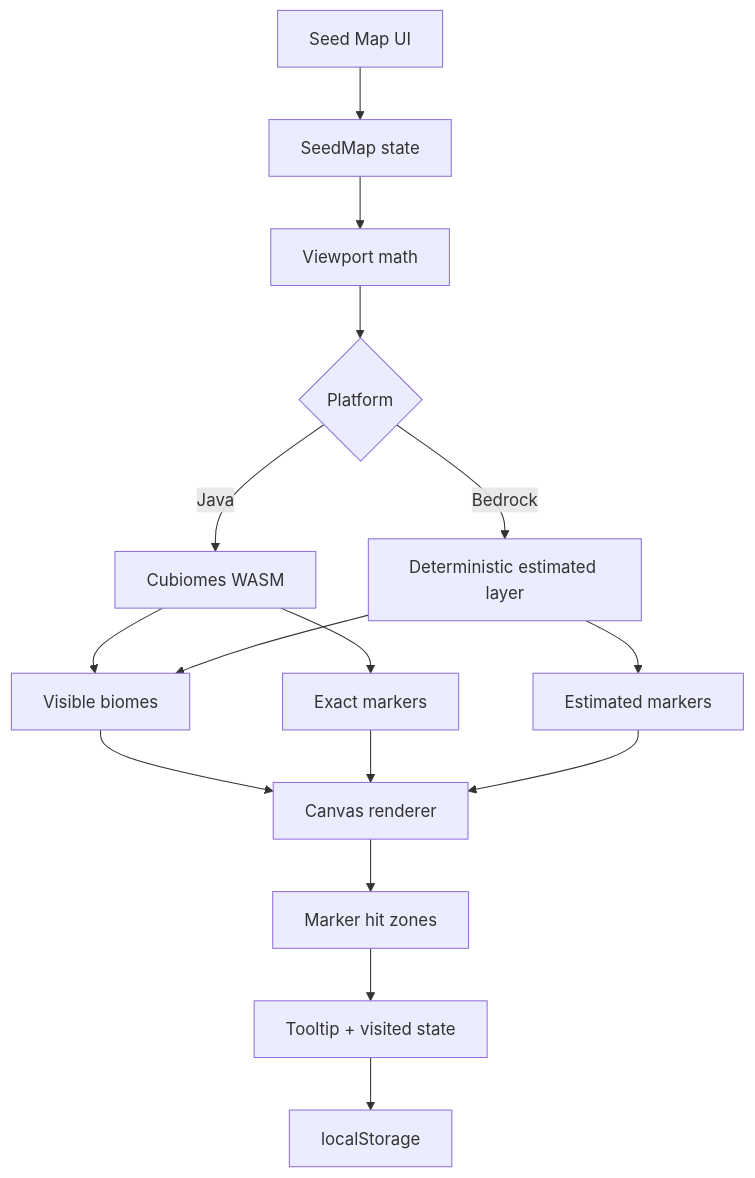
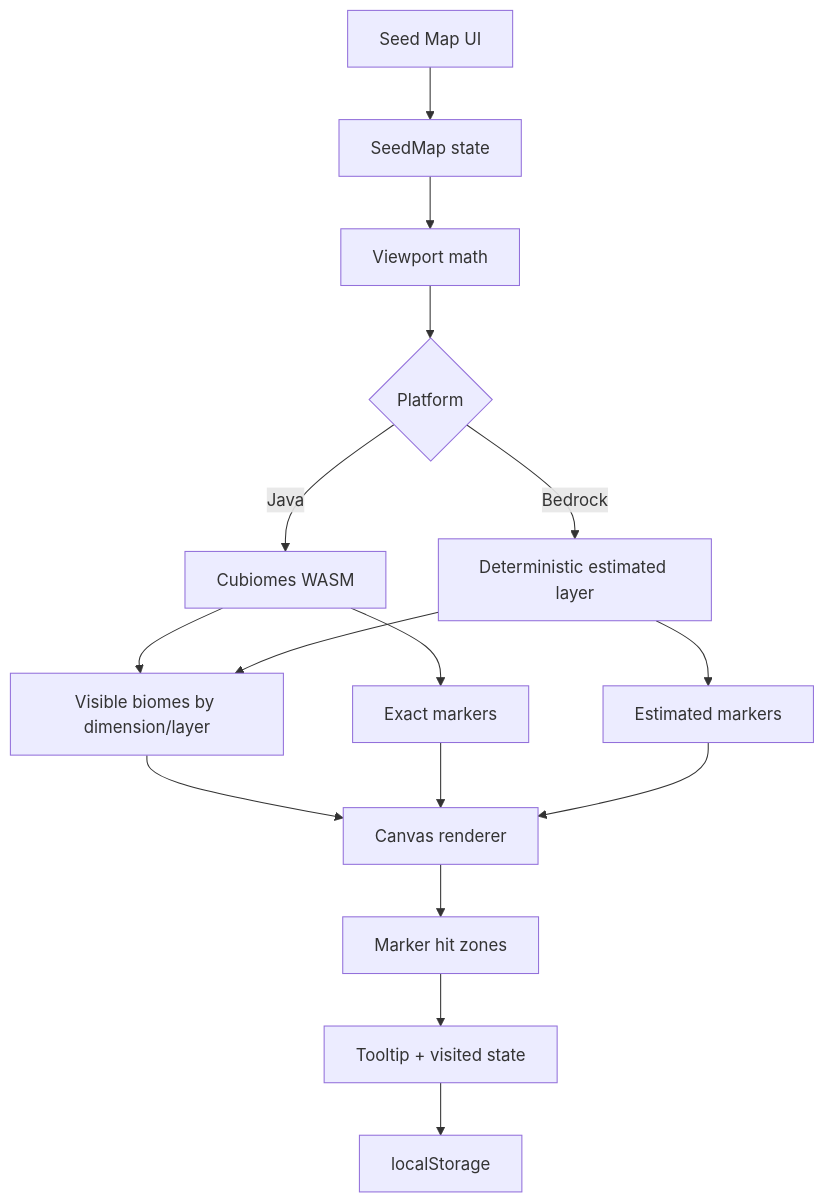
Before and after one commit to MiloRuback/E-Helper-for-Minecraft: the first of 3 diagrams in docs/SEED_MAP_CHUNKBASE_PARITY.md, drawn with Mermaid. The commit also changed other lines of this file and 10 other files, not shown here.

````diff
--- a/docs/SEED_MAP_CHUNKBASE_PARITY.md
+++ b/docs/SEED_MAP_CHUNKBASE_PARITY.md
@@ -28,18 +32,18 @@
 ```mermaid
 flowchart TD
   A["Seed Map UI"] --> B["SeedMap state"]
   B --> C["Viewport math"]
   C --> D{"Platform"}
   D -->|"Java"| E["Cubiomes WASM"]
   D -->|"Bedrock"| F["Deterministic estimated layer"]
-  E --> G["Visible biomes"]
+  E --> G["Visible biomes by dimension/layer"]
   E --> H["Exact markers"]
   F --> G
   F --> I["Estimated markers"]
   G --> J["Canvas renderer"]
   H --> J
   I --> J
   J --> K["Marker hit zones"]
   K --> L["Tooltip + visited state"]
   L --> M["localStorage"]
 ```
````
